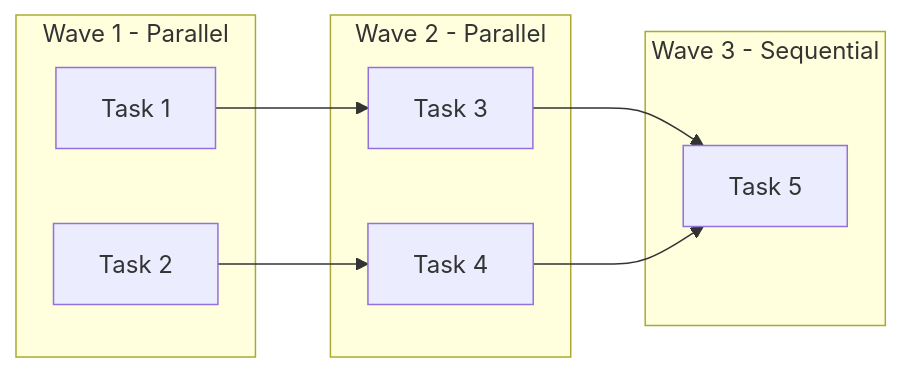
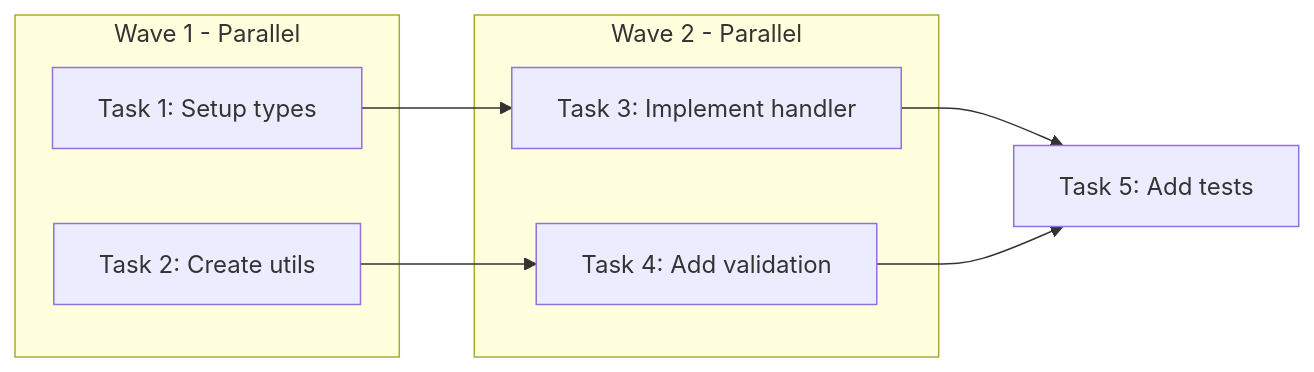
The diagram in .cursor/rules/system-prompt.mdc (linq2js/atomirx), drawn with Mermaid before and after one commit. The commit also changed other lines of this file, not shown here.

````diff
--- a/.cursor/rules/system-prompt.mdc
+++ b/.cursor/rules/system-prompt.mdc
@@ -444,18 +515,15 @@
 ```mermaid
 graph LR
     subgraph Wave1[Wave 1 - Parallel]
-        T1[Task 1]
-        T2[Task 2]
+        T1[Task 1: Setup types]
+        T2[Task 2: Create utils]
     end
     subgraph Wave2[Wave 2 - Parallel]
-        T3[Task 3]
-        T4[Task 4]
-    end
-    subgraph Wave3[Wave 3 - Sequential]
-        T5[Task 5]
+        T3[Task 3: Implement handler]
+        T4[Task 4: Add validation]
     end
     T1 --> T3
     T2 --> T4
-    T3 --> T5
+    T3 --> T5[Task 5: Add tests]
     T4 --> T5
 ```
````
